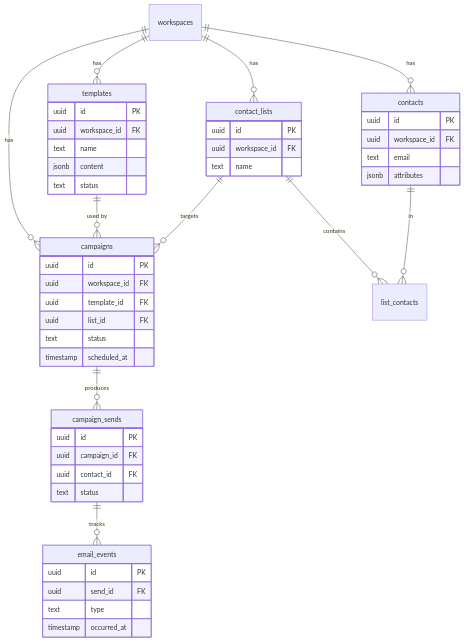
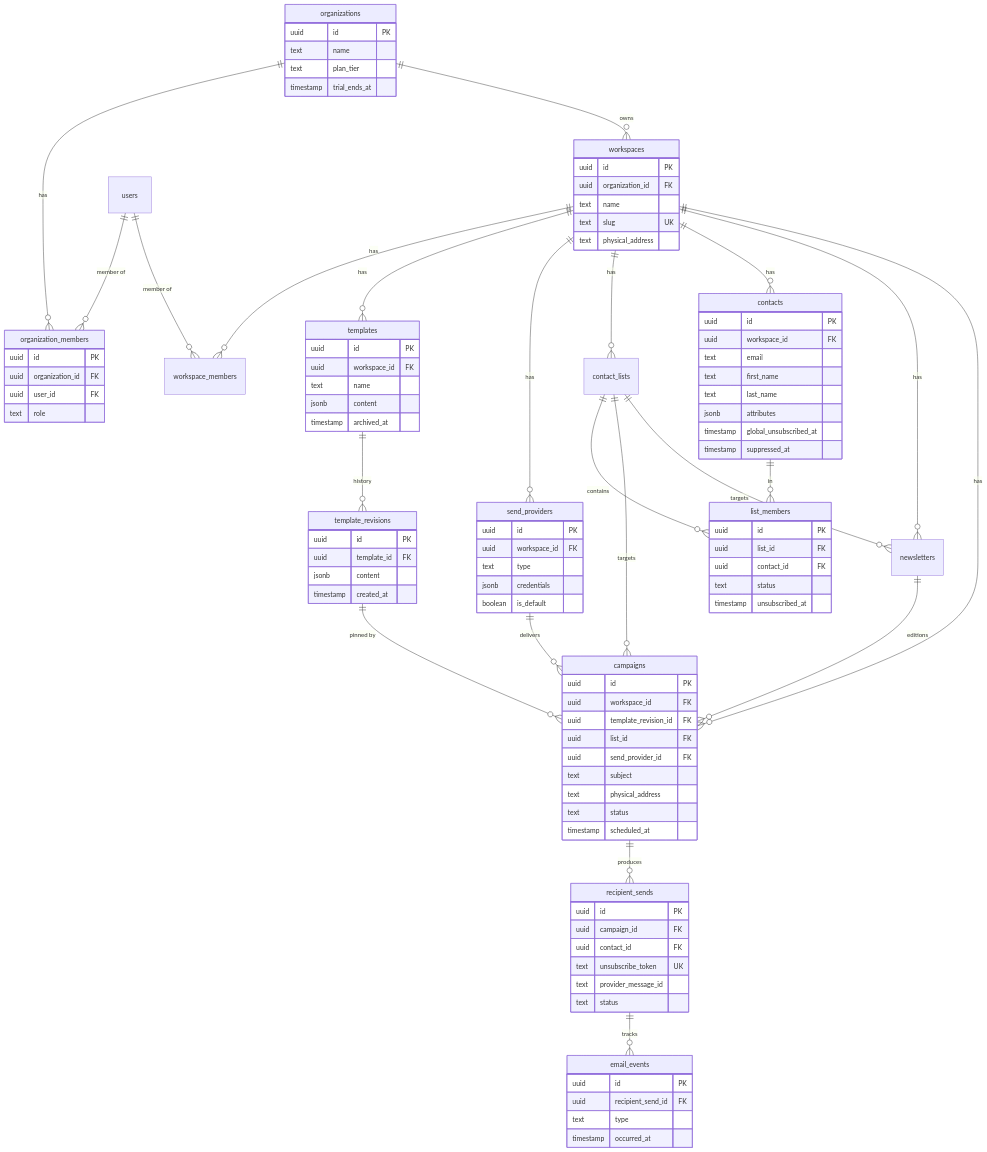
The eighth of 10 diagrams in docs/architecture-roadmap.md (bohdanchornopolskyi/impact-inbox), drawn with Mermaid before and after one commit. The commit also changed other lines of this file and 7 other files, not shown here.

First line of the commit message:
refactor(docs): update architecture and context documentation for organization and workspace model

````diff
--- a/docs/architecture-roadmap.md
+++ b/docs/architecture-roadmap.md
@@ -283,56 +301,115 @@
 ```mermaid
 erDiagram
+  organizations ||--o{ organization_members : "has"
+  organizations ||--o{ workspaces : "owns"
+  users ||--o{ organization_members : "member of"
+  workspaces ||--o{ workspace_members : "has"
+  users ||--o{ workspace_members : "member of"
   workspaces ||--o{ templates : "has"
+  templates ||--o{ template_revisions : "history"
+  workspaces ||--o{ send_providers : "has"
   workspaces ||--o{ contact_lists : "has"
   workspaces ||--o{ contacts : "has"
+  workspaces ||--o{ newsletters : "has"
   workspaces ||--o{ campaigns : "has"
-  contact_lists ||--o{ list_contacts : "contains"
-  contacts ||--o{ list_contacts : "in"
-  templates ||--o{ campaigns : "used by"
+  contact_lists ||--o{ list_members : "contains"
+  contacts ||--o{ list_members : "in"
+  template_revisions ||--o{ campaigns : "pinned by"
   contact_lists ||--o{ campaigns : "targets"
-  campaigns ||--o{ campaign_sends : "produces"
-  campaign_sends ||--o{ email_events : "tracks"
+  contact_lists ||--o{ newsletters : "targets"
+  send_providers ||--o{ campaigns : "delivers"
+  newsletters ||--o{ campaigns : "editions"
+  campaigns ||--o{ recipient_sends : "produces"
+  recipient_sends ||--o{ email_events : "tracks"
+
+  organizations {
+    uuid id PK
+    text name
+    text plan_tier
+    timestamp trial_ends_at
+  }
+
+  organization_members {
+    uuid id PK
+    uuid organization_id FK
+    uuid user_id FK
+    text role
+  }
+
+  workspaces {
+    uuid id PK
+    uuid organization_id FK
+    text name
+    text slug UK
+    text physical_address
+  }
 
   templates {
     uuid id PK
     uuid workspace_id FK
     text name
     jsonb content
-    text status
+    timestamp archived_at
+  }
+
+  template_revisions {
+    uuid id PK
+    uuid template_id FK
+    jsonb content
+    timestamp created_at
+  }
+
+  send_providers {
+    uuid id PK
+    uuid workspace_id FK
+    text type
+    jsonb credentials
+    boolean is_default
   }
 
   contacts {
     uuid id PK
     uuid workspace_id FK
     text email
+    text first_name
+    text last_name
     jsonb attributes
+    timestamp global_unsubscribed_at
+    timestamp suppressed_at
   }
 
-  contact_lists {
+  list_members {
     uuid id PK
-    uuid workspace_id FK
-    text name
+    uuid list_id FK
+    uuid contact_id FK
+    text status
+    timestamp unsubscribed_at
   }
 
   campaigns {
     uuid id PK
     uuid workspace_id FK
-    uuid template_id FK
+    uuid template_revision_id FK
     uuid list_id FK
+    uuid send_provider_id FK
+    text subject
+    text physical_address
     text status
     timestamp scheduled_at
   }
 
-  campaign_sends {
+  recipient_sends {
     uuid id PK
     uuid campaign_id FK
     uuid contact_id FK
+    text unsubscribe_token UK
+    text provider_message_id
     text status
   }
 
   email_events {
     uuid id PK
-    uuid send_id FK
+    uuid recipient_send_id FK
     text type
     timestamp occurred_at
   }
````
